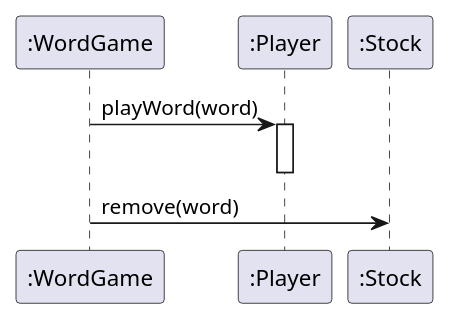
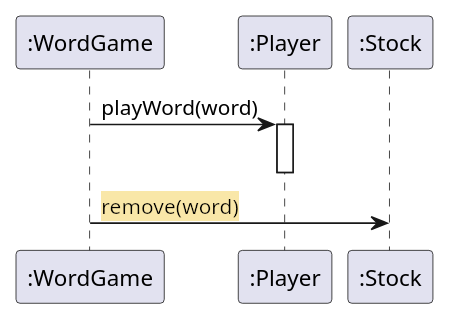
Before and after one commit to HAN-Craftsmanship-KL-JJG/oose-study: the seventh of 23 diagrams in app/check-design/_sections/common-mistakes-before-and-after.mdx, drawn with PlantUML. The commit also changed other lines of this file and 37 other files, not shown here.

````diff
--- a/app/check-design/_sections/common-mistakes-before-and-after.mdx
+++ b/app/check-design/_sections/common-mistakes-before-and-after.mdx
@@ -87,9 +87,9 @@
 ```plantuml
     participant ":WordGame" as G
     participant ":Player" as HS
     participant ":Stock" as V
     G -> HS : playWord(word)
     activate HS
     deactivate HS
-    G -> V : remove(word)
+    G -> V : <back:#F9E7A8>remove(word)</back>
 ```
````
